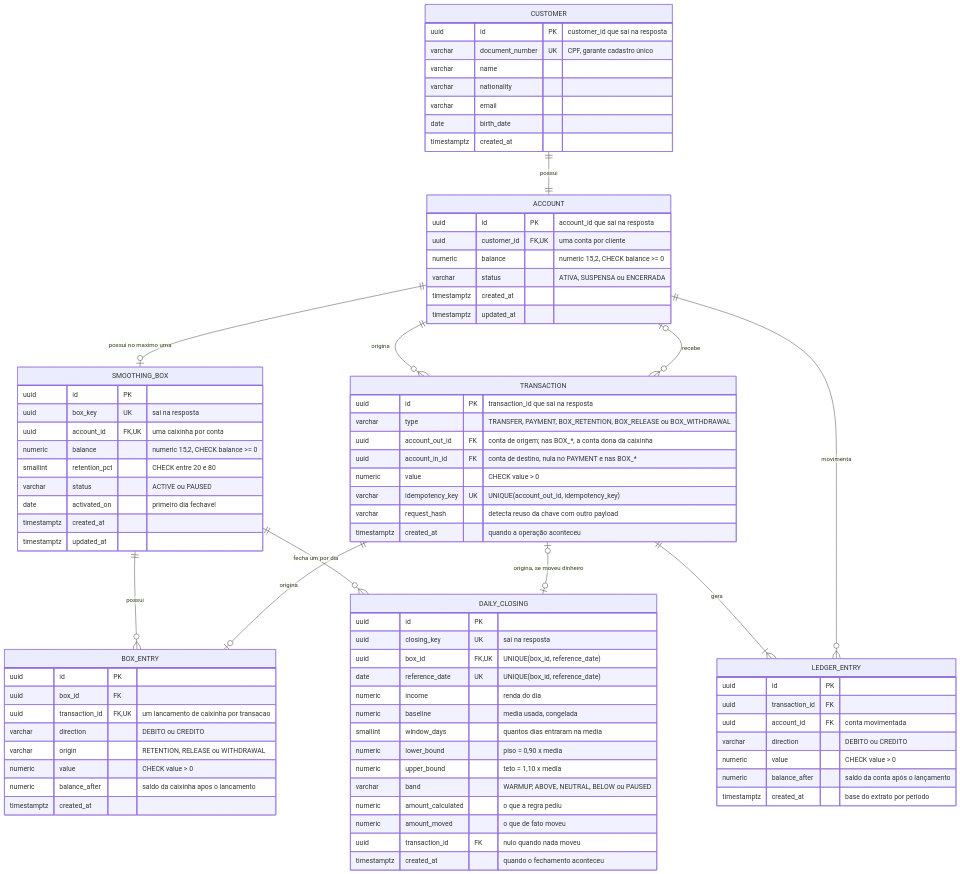
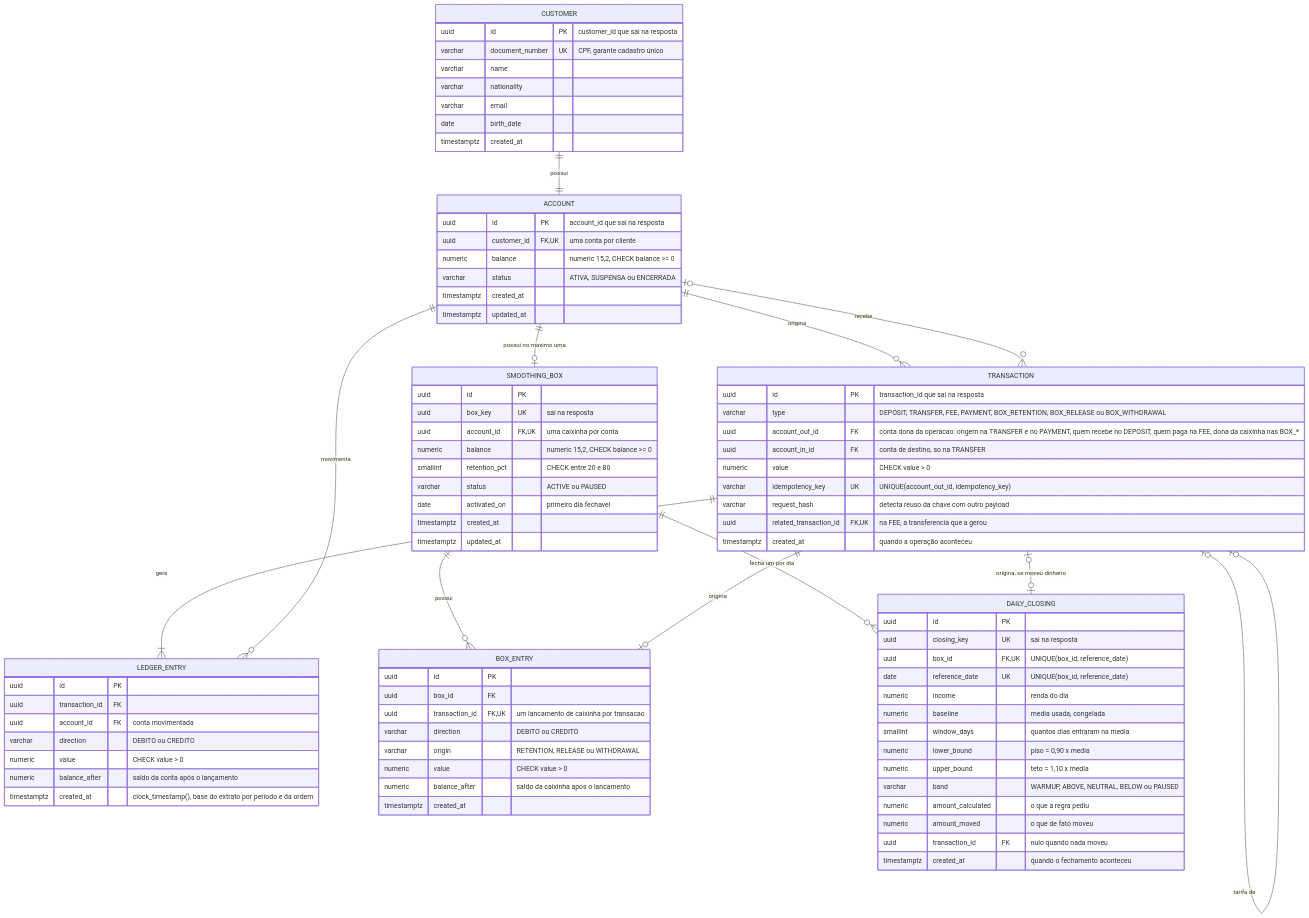
Before and after one commit to fernandobvm/bootcamp-qi-26-bankrepo: the first of 11 diagrams in bootcamp-rfc-modelo.md, drawn with Mermaid. The commit also changed other lines of this file and 58 other files, not shown here.

Commit message:
Added new features for bank products, including account and customer management, transaction handling, and related controllers, DTOs, repositories, and resources. Updated existing models, schemas, and tests to support these new functionalities.

```diff
--- a/bootcamp-rfc-modelo.md
+++ b/bootcamp-rfc-modelo.md
@@ -122,6 +134,7 @@
     ACCOUNT ||--o| SMOOTHING_BOX : "possui no maximo uma"
     ACCOUNT ||--o{ TRANSACTION : "origina"
     ACCOUNT |o--o{ TRANSACTION : "recebe"
+    TRANSACTION |o--o| TRANSACTION : "tarifa de"
     TRANSACTION ||--|{ LEDGER_ENTRY : "gera"
     ACCOUNT ||--o{ LEDGER_ENTRY : "movimenta"
 
@@ -150,12 +163,13 @@
     }
     TRANSACTION {
         uuid id PK "transaction_id que sai na resposta"
-        varchar type "TRANSFER, PAYMENT, BOX_RETENTION, BOX_RELEASE ou BOX_WITHDRAWAL"
-        uuid account_out_id FK "conta de origem; nas BOX_*, a conta dona da caixinha"
-        uuid account_in_id FK "conta de destino, nula no PAYMENT e nas BOX_*"
+        varchar type "DEPOSIT, TRANSFER, FEE, PAYMENT, BOX_RETENTION, BOX_RELEASE ou BOX_WITHDRAWAL"
+        uuid account_out_id FK "conta dona da operacao: origem na TRANSFER e no PAYMENT, quem recebe no DEPOSIT, quem paga na FEE, dona da caixinha nas BOX_*"
+        uuid account_in_id FK "conta de destino, so na TRANSFER"
         numeric value "CHECK value > 0"
         varchar idempotency_key UK "UNIQUE(account_out_id, idempotency_key)"
         varchar request_hash "detecta reuso da chave com outro payload"
+        uuid related_transaction_id FK,UK "na FEE, a transferencia que a gerou"
         timestamptz created_at "quando a operação aconteceu"
     }
     LEDGER_ENTRY {
@@ -165,7 +179,7 @@
         varchar direction "DEBITO ou CREDITO"
         numeric value "CHECK value > 0"
         numeric balance_after "saldo da conta após o lançamento"
-        timestamptz created_at "base do extrato por período"
+        timestamptz created_at "clock_timestamp(), base do extrato por período e da ordem"
     }
     SMOOTHING_BOX {
         uuid id PK
```
